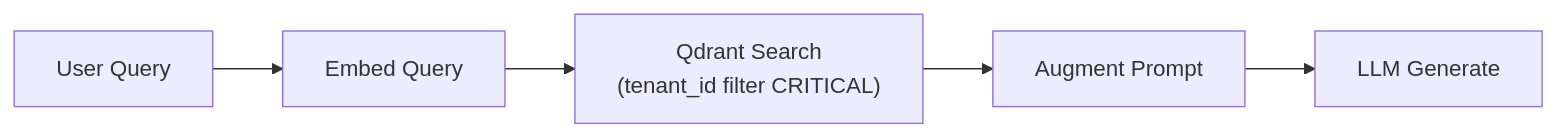
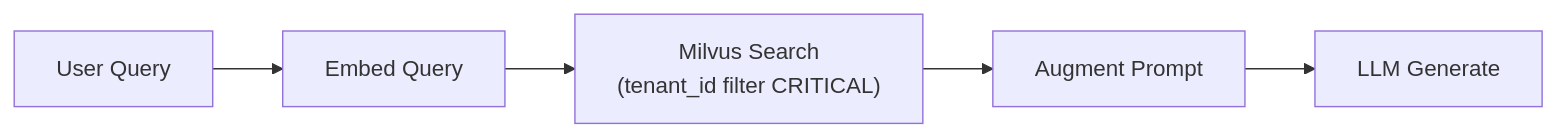
The second of 2 diagrams in .claude/rules/rag-pipeline.md (larry610881/agentic-rag-customer-service), drawn with Mermaid before and after one commit. The commit also changed other lines of this file, not shown here.

First line of the commit message:
docs(rules): rag-pipeline.md 全面 Qdrant → Milvus

````diff
--- a/.claude/rules/rag-pipeline.md
+++ b/.claude/rules/rag-pipeline.md
@@ -44,7 +44,7 @@
 ```mermaid
 graph LR
     Q["User Query"] --> E["Embed Query"]
-    E --> S["Qdrant Search<br/>(tenant_id filter CRITICAL)"]
+    E --> S["Milvus Search<br/>(tenant_id filter CRITICAL)"]
     S --> A["Augment Prompt"]
     A --> L["LLM Generate"]
 ```
````
